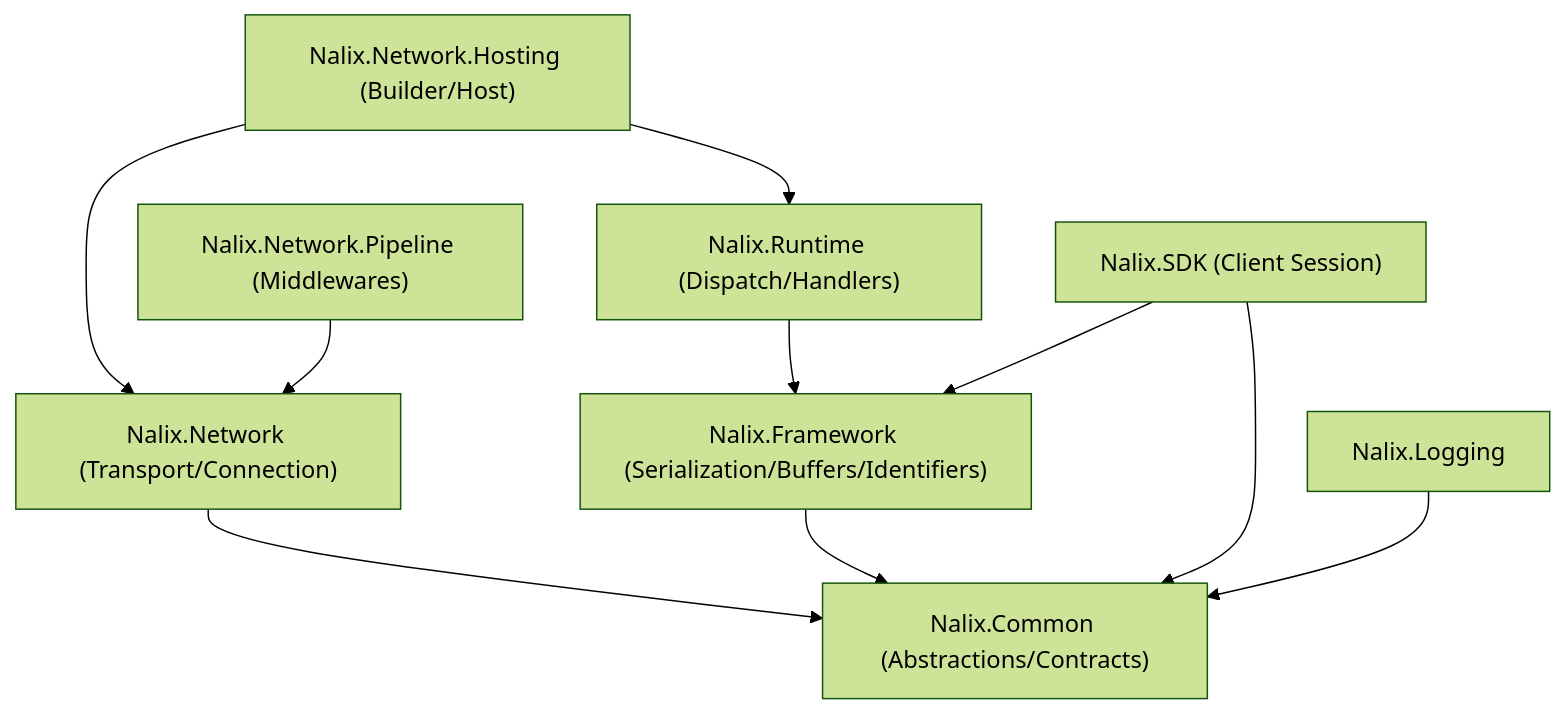
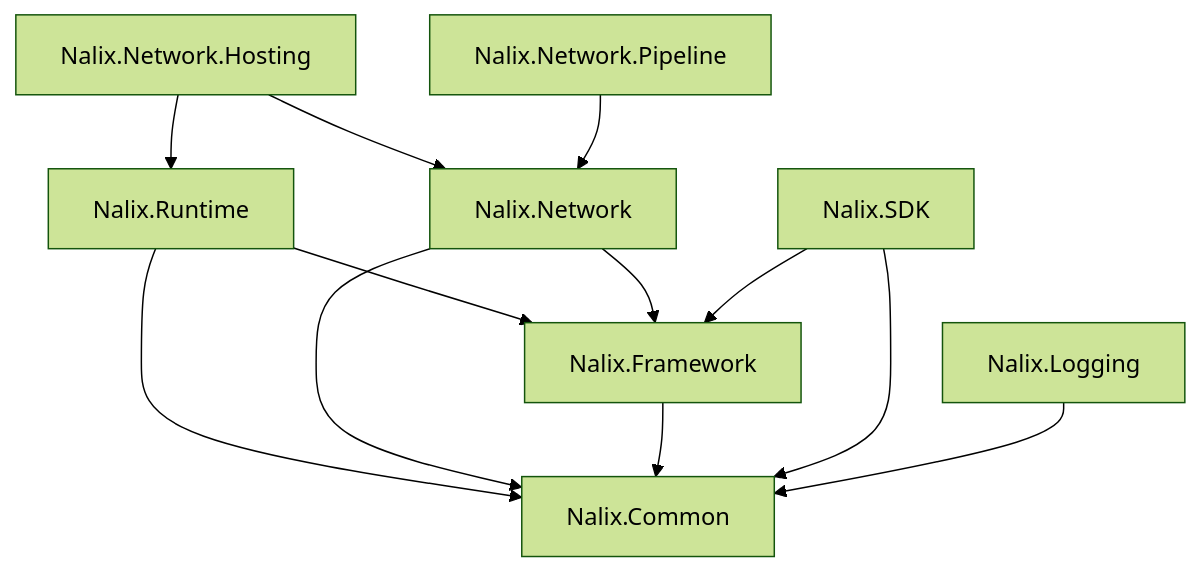
The second of 3 diagrams in docs/concepts/architecture.md (ppn-systems/Nalix), drawn with Mermaid (forest theme) before and after one commit. The commit also changed other lines of this file and 75 other files, not shown here.

````diff
--- a/docs/concepts/architecture.md
+++ b/docs/concepts/architecture.md
@@ -18,12 +20,14 @@
 ```mermaid
 graph TD
-    Hosting["Nalix.Network.Hosting (Builder/Host)"] --> Network["Nalix.Network (Transport/Connection)"]
-    Hosting --> Runtime["Nalix.Runtime (Dispatch/Handlers)"]
-    Runtime --> Framework["Nalix.Framework (Serialization/Buffers/Identifiers)"]
-    Network --> Common["Nalix.Common (Abstractions/Contracts)"]
+    Hosting["Nalix.Network.Hosting"] --> Network["Nalix.Network"]
+    Hosting --> Runtime["Nalix.Runtime"]
+    Runtime --> Framework["Nalix.Framework"]
+    Runtime --> Common["Nalix.Common"]
+    Network --> Framework
+    Network --> Common
     Framework --> Common
-    SDK["Nalix.SDK (Client Session)"] --> Framework
+    SDK["Nalix.SDK"] --> Framework
     SDK --> Common
-    Pipeline["Nalix.Network.Pipeline (Middlewares)"] --> Network
+    Pipeline["Nalix.Network.Pipeline"] --> Network
     Logging["Nalix.Logging"] --> Common
 ```
````
